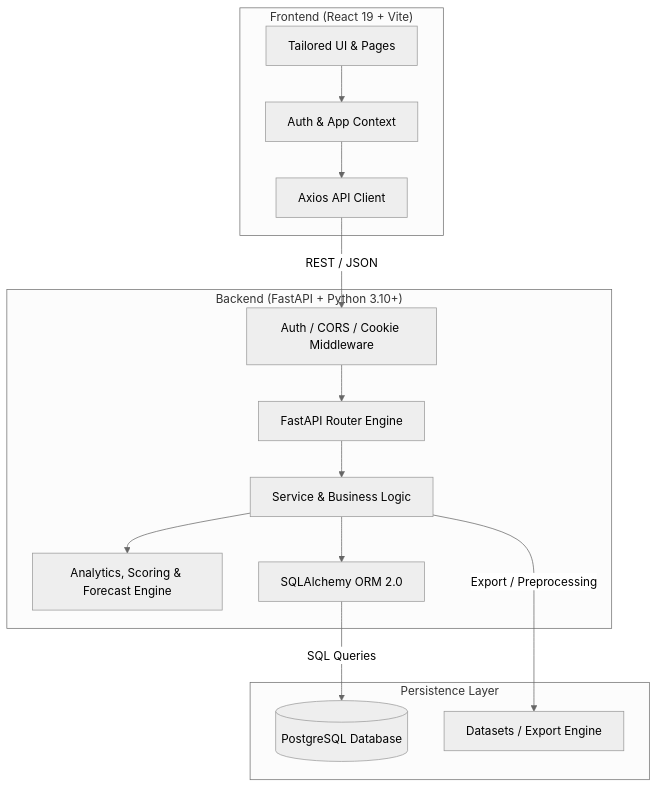
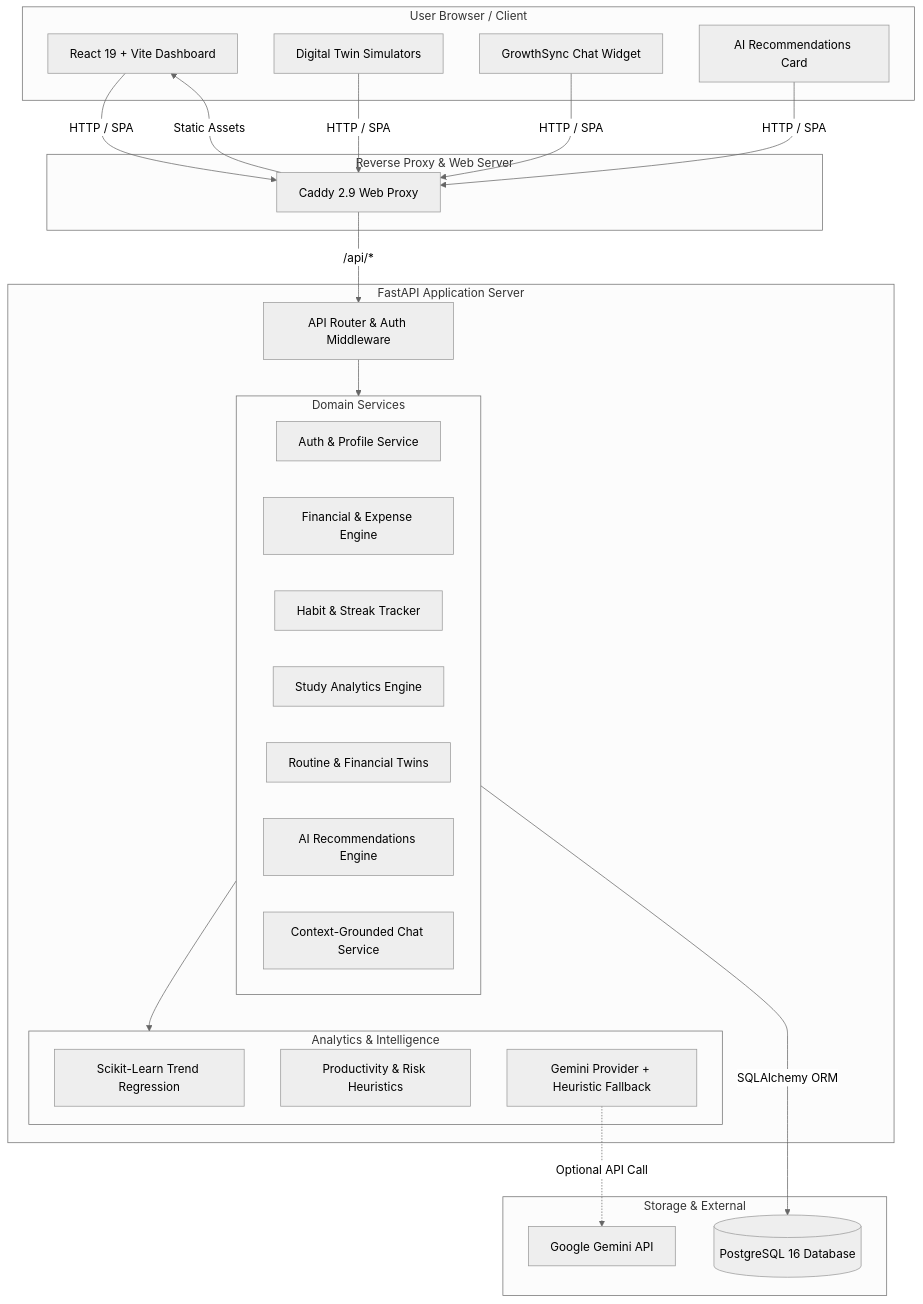
Before and after one commit to deepbisen-06/GrowthSync: the diagram in README.md, drawn with Mermaid (neutral theme). The commit also changed other lines of this file, not shown here.

Commit message:
docs: enrich README with Milestone 3 & 4 architecture, digital twins, AI chat, and Docker setup

````diff
--- a/README.md
+++ b/README.md
@@ -94,30 +113,51 @@
 ```mermaid
 graph TD
-    subgraph Client["Frontend (React 19 + Vite)"]
-        UI[Tailored UI & Pages]
-        State[Auth & App Context]
-        Axios[Axios API Client]
-        UI --> State --> Axios
+    subgraph Browser["User Browser / Client"]
+        UI[React 19 + Vite Dashboard]
+        Sim[Digital Twin Simulators]
+        Chat[GrowthSync Chat Widget]
+        Recom[AI Recommendations Card]
     end
 
-    subgraph Server["Backend (FastAPI + Python 3.10+)"]
-        API[FastAPI Router Engine]
-        Middleware[Auth / CORS / Cookie Middleware]
-        Services[Service & Business Logic]
-        ML[Analytics, Scoring & Forecast Engine]
-        ORM[SQLAlchemy ORM 2.0]
-        
-        Axios -->|REST / JSON| Middleware
-        Middleware --> API
-        API --> Services
-        Services --> ML
-        Services --> ORM
+    subgraph Gateway["Reverse Proxy & Web Server"]
+        Caddy[Caddy 2.9 Web Proxy]
     end
 
-    subgraph Data["Persistence Layer"]
-        PG[(PostgreSQL Database)]
-        CSV[Datasets / Export Engine]
-        ORM -->|SQL Queries| PG
-        Services -->|Export / Preprocessing| CSV
+    subgraph Backend["FastAPI Application Server"]
+        Router[API Router & Auth Middleware]
+        
+        subgraph CoreServices["Domain Services"]
+            AuthSvc[Auth & Profile Service]
+            FinSvc[Financial & Expense Engine]
+            HabitSvc[Habit & Streak Tracker]
+            StudySvc[Study Analytics Engine]
+            TwinSvc[Routine & Financial Twins]
+            RecSvc[AI Recommendations Engine]
+            ChatSvc[Context-Grounded Chat Service]
+        end
+
+        subgraph ML["Analytics & Intelligence"]
+            LinReg[Scikit-Learn Trend Regression]
+            Scoring[Productivity & Risk Heuristics]
+            LLM[Gemini Provider + Heuristic Fallback]
+        end
     end
+
+    subgraph Persistence["Storage & External"]
+        PG[(PostgreSQL 16 Database)]
+        GeminiAPI[Google Gemini API]
+    end
+
+    UI -->|HTTP / SPA| Caddy
+    Sim -->|HTTP / SPA| Caddy
+    Chat -->|HTTP / SPA| Caddy
+    Recom -->|HTTP / SPA| Caddy
+
+    Caddy -->|/api/*| Router
+    Caddy -->|Static Assets| UI
+
+    Router --> CoreServices
+    CoreServices --> ML
+    CoreServices -->|SQLAlchemy ORM| PG
+    LLM -.->|Optional API Call| GeminiAPI
 ```
````
